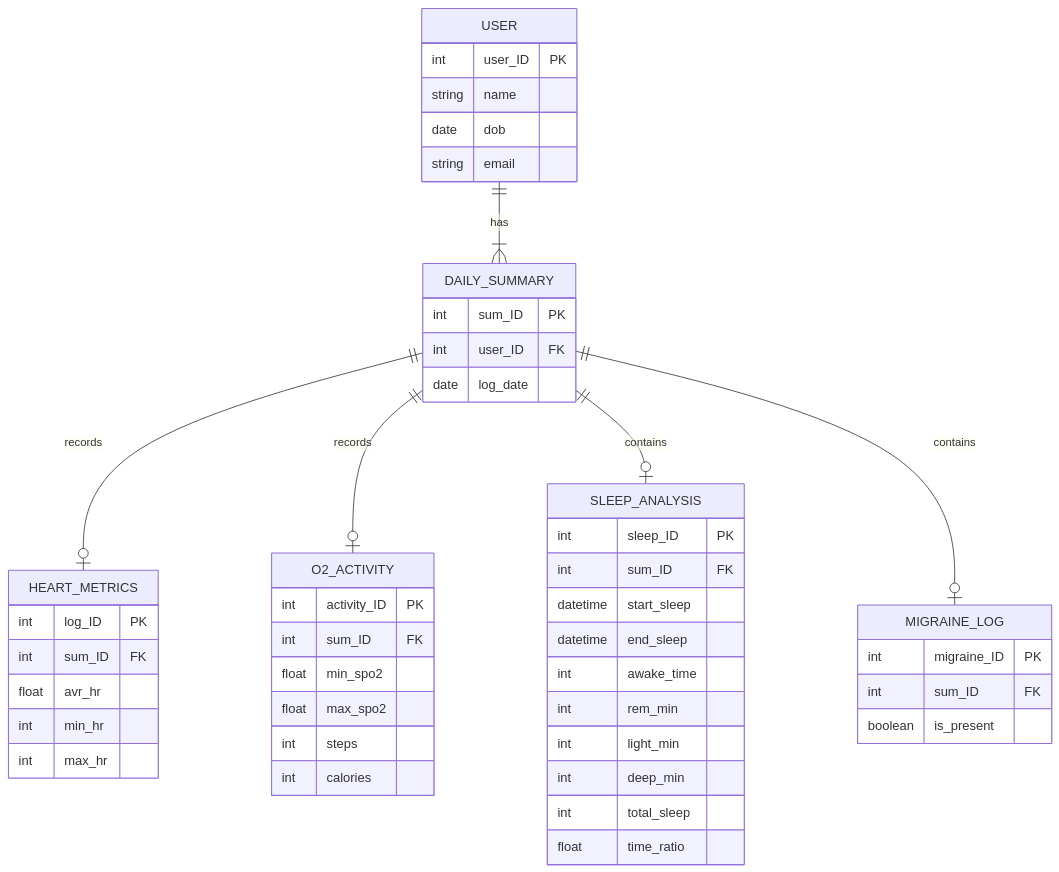
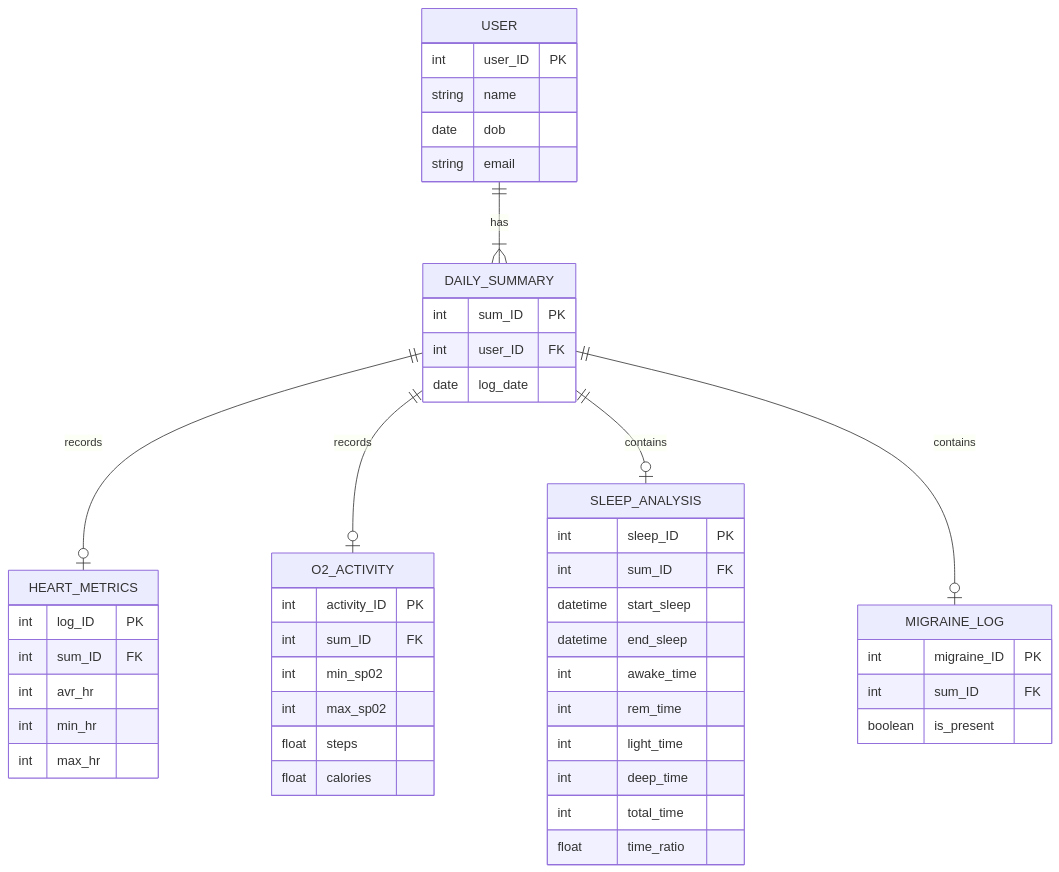
Before and after one commit to kemacias/Migraine_Health_Metrics_Database: the diagram in README.md, drawn with Mermaid. The commit also changed other lines of this file, not shown here.

````diff
--- a/README.md
+++ b/README.md
@@ -10,57 +54,57 @@
 ```mermaid
 erDiagram
     USER ||--|{ DAILY_SUMMARY : has
     DAILY_SUMMARY ||--o| HEART_METRICS : records
     DAILY_SUMMARY ||--o| O2_ACTIVITY : records
     DAILY_SUMMARY ||--o| SLEEP_ANALYSIS : contains
     DAILY_SUMMARY ||--o| MIGRAINE_LOG : contains
 
     USER {
         int user_ID PK
         string name
         date dob
         string email
     }
 
     DAILY_SUMMARY {
         int sum_ID PK
         int user_ID FK
         date log_date
     }
 
     HEART_METRICS {
         int log_ID PK
         int sum_ID FK
-        float avr_hr
+        int avr_hr
         int min_hr
         int max_hr
     }
 
     O2_ACTIVITY {
         int activity_ID PK
         int sum_ID FK
-        float min_spo2
-        float max_spo2
-        int steps
-        int calories
+        int min_sp02
+        int max_sp02
+        float steps
+        float calories
     }
 
     SLEEP_ANALYSIS {
         int sleep_ID PK
         int sum_ID FK
         datetime start_sleep
         datetime end_sleep
         int awake_time
-        int rem_min
-        int light_min
-        int deep_min
-        int total_sleep
+        int rem_time
+        int light_time
+        int deep_time
+        int total_time
         float time_ratio
     }
 
     MIGRAINE_LOG {
         int migraine_ID PK
         int sum_ID FK
         boolean is_present
     }
 ```
````
